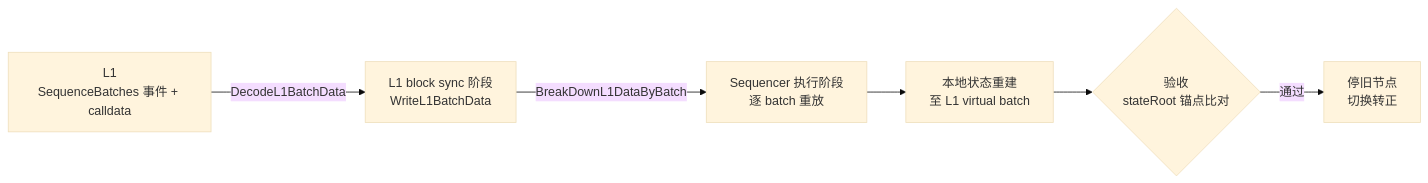
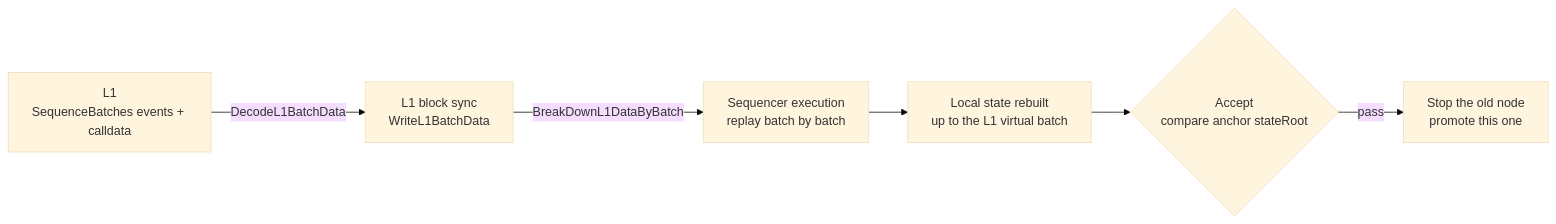
The diagram in qday/recover/README.md (qday-io/qday-cdk-erigon), drawn with Mermaid (base theme) before and after one commit. The commit also changed other lines of this file and 5 other files, not shown here.

````diff
--- a/qday/recover/README.md
+++ b/qday/recover/README.md
@@ -45,8 +42,8 @@
 ```mermaid
 flowchart LR
-    L1["L1<br/>SequenceBatches 事件 + calldata"] -->|"DecodeL1BatchData"| Sync["L1 block sync 阶段<br/>WriteL1BatchData"]
-    Sync -->|"BreakDownL1DataByBatch"| Exec["Sequencer 执行阶段<br/>逐 batch 重放"]
-    Exec --> State["本地状态重建<br/>至 L1 virtual batch"]
-    State --> Verify{"验收<br/>stateRoot 锚点比对"}
-    Verify -->|"通过"| Cut["停旧节点<br/>切换转正"]
+    L1["L1<br/>SequenceBatches events + calldata"] -->|"DecodeL1BatchData"| Sync["L1 block sync<br/>WriteL1BatchData"]
+    Sync -->|"BreakDownL1DataByBatch"| Exec["Sequencer execution<br/>replay batch by batch"]
+    Exec --> State["Local state rebuilt<br/>up to the L1 virtual batch"]
+    State --> Verify{"Accept<br/>compare anchor stateRoot"}
+    Verify -->|"pass"| Cut["Stop the old node<br/>promote this one"]
 ```
````
